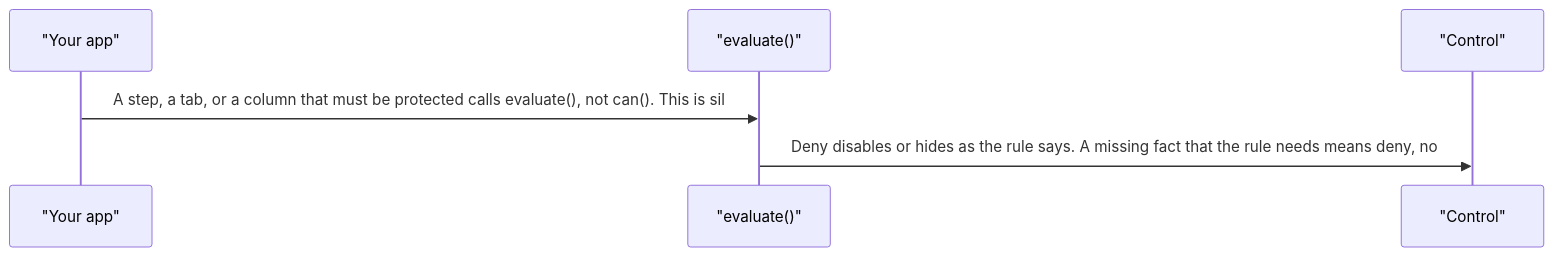
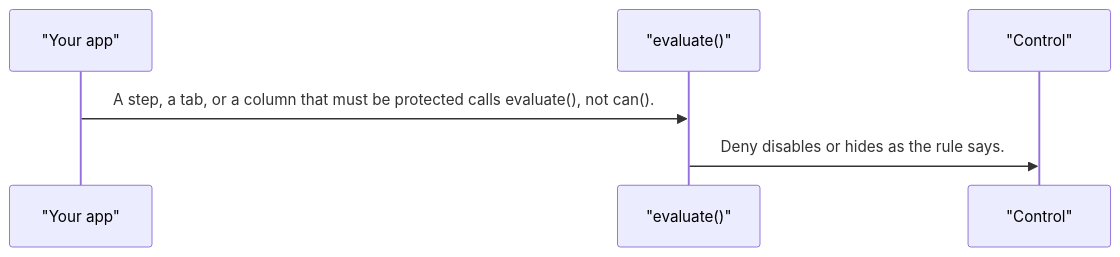
One commit to RajshekharBorate/pixel-ui changed the third of 5 diagrams in projects/pixel-ui/src/lib/services/authorization/DESIGN.md. Above: the diagram before and after it, drawn with Mermaid. The commit also changed other lines of this file and 80 other files, not shown here.

Commit message:
Fill missing design flows and correct the stories that did not match component behavior.

````diff
--- a/projects/pixel-ui/src/lib/services/authorization/DESIGN.md
+++ b/projects/pixel-ui/src/lib/services/authorization/DESIGN.md
@@ -74,8 +74,8 @@
 ```mermaid
 sequenceDiagram
   participant app as "Your app"
   participant pep as "evaluate()"
   participant control as "Control"
-  app->>pep: A step, a tab, or a column that must be protected calls evaluate(), not can(). This is sil
-  pep->>control: Deny disables or hides as the rule says. A missing fact that the rule needs means deny, no
+  app->>pep: A step, a tab, or a column that must be protected calls evaluate(), not can().
+  pep->>control: Deny disables or hides as the rule says.
 ```
````
